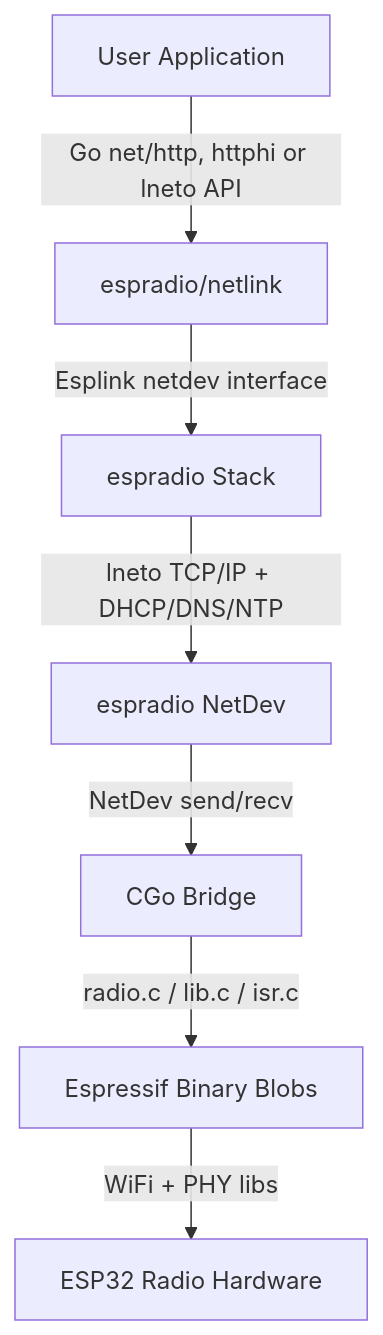
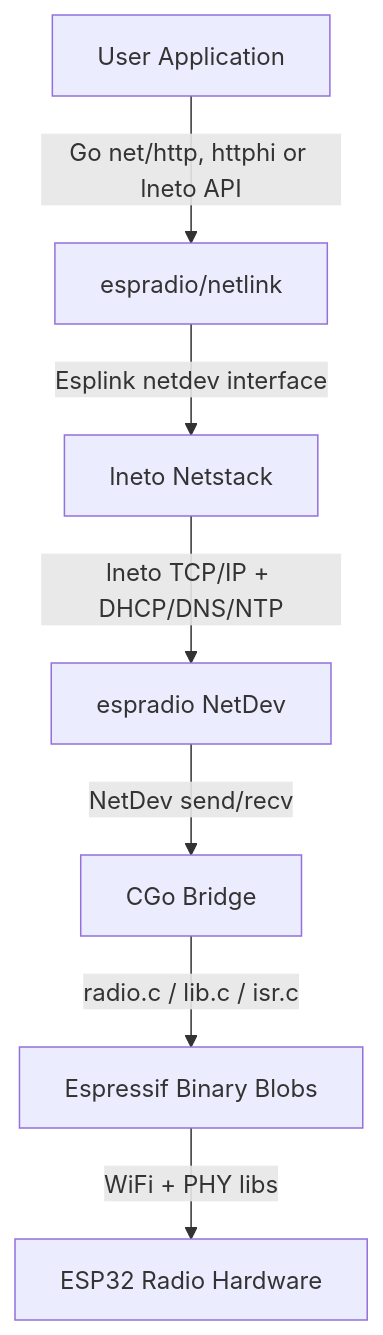
The diagram in README.md (tinygo-org/espradio), drawn with Mermaid before and after one commit. The commit also changed other lines of this file and 12 other files, not shown here.

First line of the commit message:
netstack: replace Stack with lneto Netstack and netdev Runner

````diff
--- a/README.md
+++ b/README.md
@@ -102,12 +102,12 @@
 ```mermaid
 flowchart TD
     A["User Application"]
     B["espradio/netlink"]
-    C["espradio Stack"]
+    C["lneto Netstack"]
     D["espradio NetDev"]
     E["CGo Bridge"]
     F["Espressif Binary Blobs"]
     G["ESP32 Radio Hardware"]
 
     A --Go net/http, httphi or lneto API--> B --Esplink netdev interface--> C --lneto TCP/IP + DHCP/DNS/NTP--> D --NetDev send/recv--> E --radio.c / lib.c / isr.c--> F --WiFi + PHY libs--> G
 ```
````
